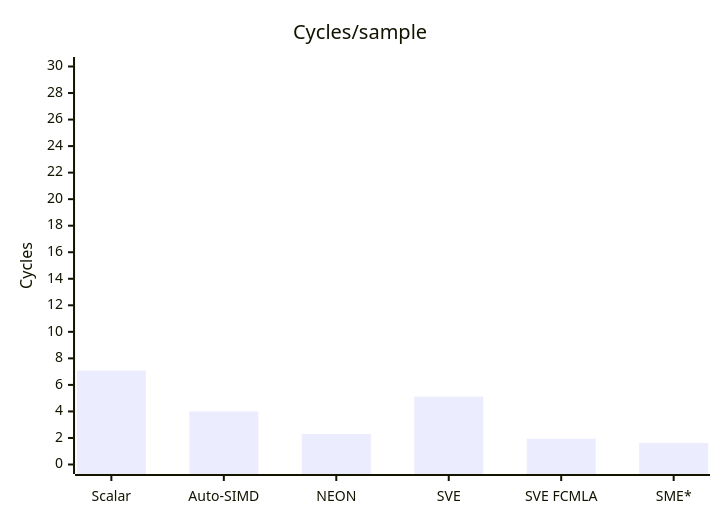
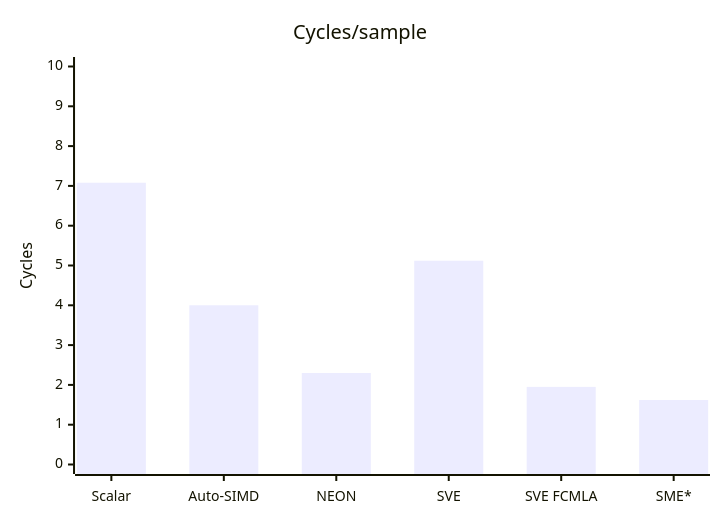
The second of 2 diagrams in README.md (sebastopol06/arm-benchmark), drawn with Mermaid before and after one commit. The commit also changed other lines of this file and 6 other files, not shown here.

````diff
--- a/README.md
+++ b/README.md
@@ -196,7 +181,7 @@
 ```mermaid
 xychart-beta
     title "Cycles/sample"
     x-axis ["Scalar", "Auto-SIMD", "NEON", "SVE", "SVE FCMLA", "SME*"]
-    y-axis "Cycles" 0 --> 30
+    y-axis "Cycles" 0 --> 10
     bar [7.08, 4.00, 2.30, 5.12, 1.95, 1.62]
 ```
````
